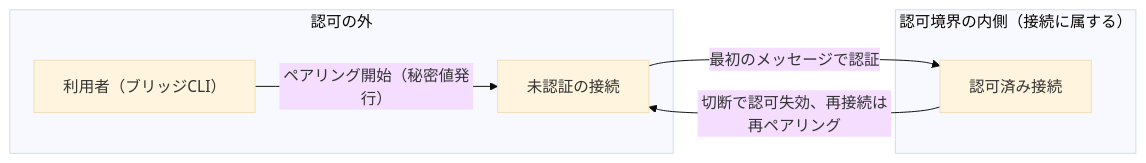
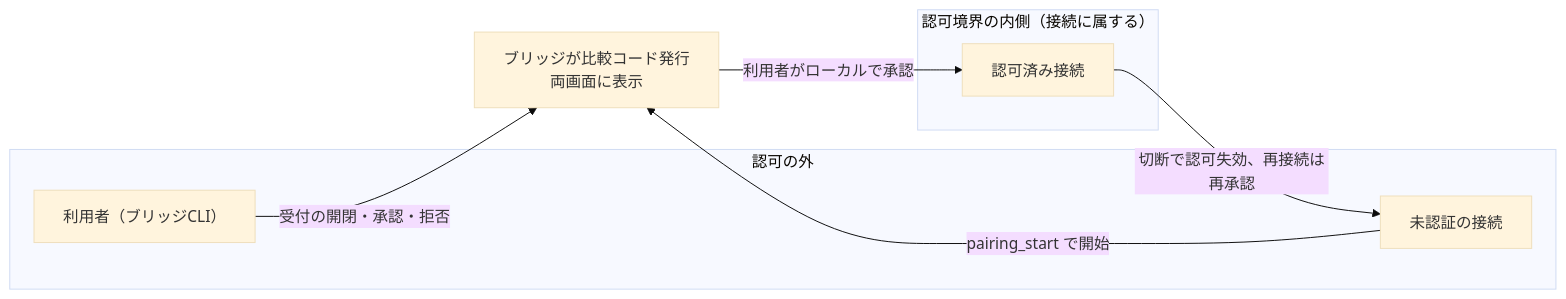
The second of 2 diagrams in design/bridge.md (WebXR-JP/xrift-bridge), drawn with Mermaid (base theme) before and after one commit. The commit also changed other lines of this file and 2 other files, not shown here.

````diff
--- a/design/bridge.md
+++ b/design/bridge.md
@@ -55,13 +55,14 @@
 ```mermaid
 flowchart LR
     subgraph OUT["認可の外"]
         U["利用者（ブリッジCLI）"]
         W["未認証の接続"]
     end
     subgraph IN["認可境界の内側（接続に属する）"]
         A["認可済み接続"]
     end
-    U -->|"ペアリング開始（秘密値発行）"| W
-    W -->|"最初のメッセージで認証"| A
-    A -->|"切断で認可失効、再接続は再ペアリング"| W
+    W -->|"pairing_start で開始"| P["ブリッジが比較コード発行<br/>両画面に表示"]
+    P -->|"利用者がローカルで承認"| A
+    U -->|"受付の開閉・承認・拒否"| P
+    A -->|"切断で認可失効、再接続は再承認"| W
 ```
````
